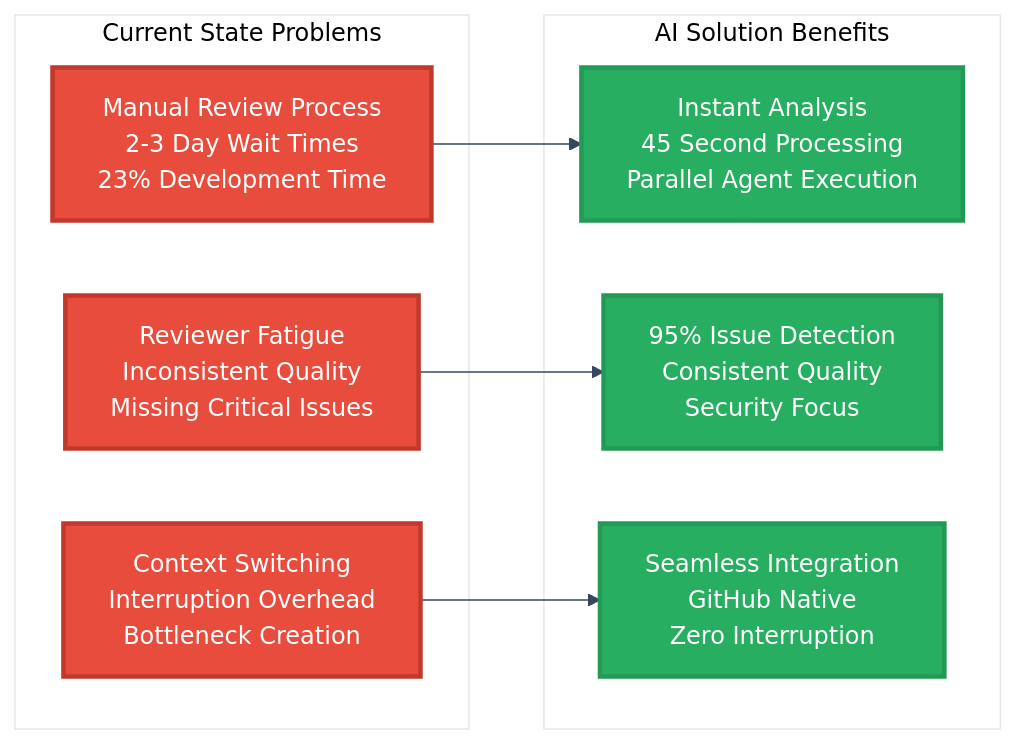
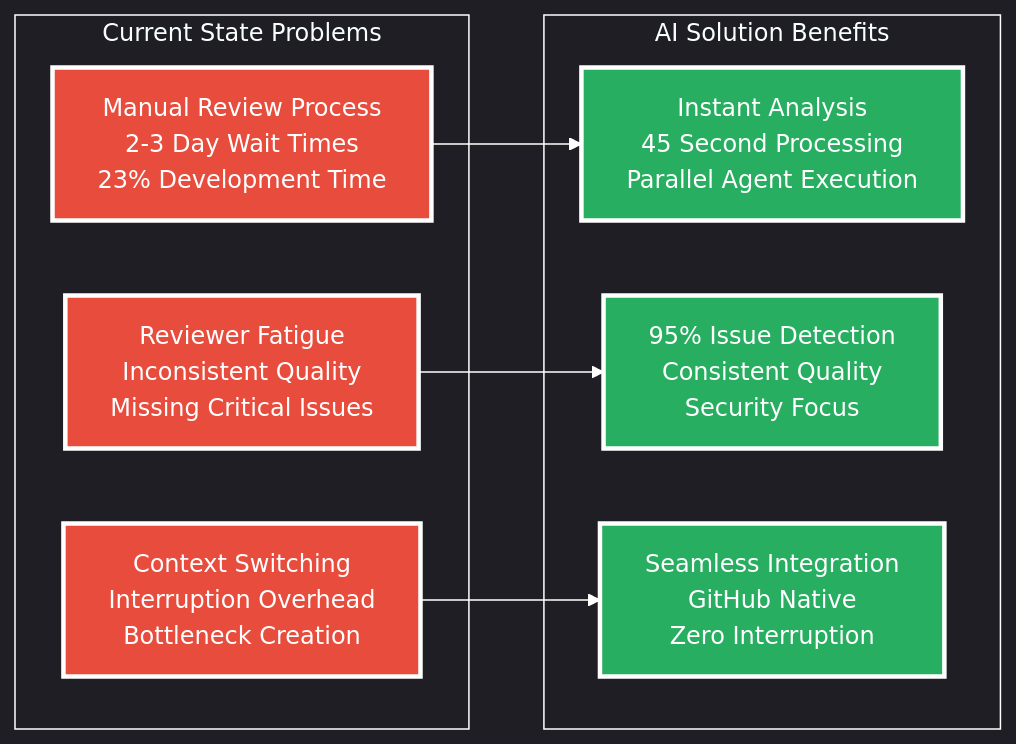
The first of 20 diagrams in README.md (PriscillaOng12/AI-Code-Review-Squad), drawn with Mermaid before and after one commit. The commit also changed other lines of this file, not shown here.

````diff
--- a/README.md
+++ b/README.md
@@ -28,26 +28,26 @@
 ```mermaid
-%%{init: {'theme': 'base', 'themeVariables': {'primaryColor': '#ffffff', 'primaryTextColor': '#2c3e50', 'primaryBorderColor': '#2c3e50', 'lineColor': '#34495e', 'secondaryColor': '#ffffff', 'tertiaryColor': '#ffffff', 'background': '#ffffff', 'mainBkg': '#ffffff', 'secondBkg': '#ffffff', 'tertiaryBkg': '#ffffff'}}}%%
+%%{init: {'theme': 'dark', 'themeVariables': {'primaryColor': 'transparent', 'primaryTextColor': '#ffffff', 'primaryBorderColor': '#ffffff', 'lineColor': '#ffffff', 'secondaryColor': 'transparent', 'tertiaryColor': 'transparent', 'background': 'transparent', 'mainBkg': 'transparent', 'secondBkg': 'transparent', 'tertiaryBkg': 'transparent', 'clusterBkg': 'transparent', 'clusterBorder': '#ffffff', 'edgeLabelBackground': 'transparent'}}}%%
 graph LR
     subgraph "Current State Problems"
         A[Manual Review Process<br/>2-3 Day Wait Times<br/>23% Development Time]
         B[Reviewer Fatigue<br/>Inconsistent Quality<br/>Missing Critical Issues]
         C[Context Switching<br/>Interruption Overhead<br/>Bottleneck Creation]
     end
     
     subgraph "AI Solution Benefits"
         D[Instant Analysis<br/>45 Second Processing<br/>Parallel Agent Execution]
         E[95% Issue Detection<br/>Consistent Quality<br/>Security Focus]
         F[Seamless Integration<br/>GitHub Native<br/>Zero Interruption]
     end
     
     A --> D
     B --> E
     C --> F
     
-    style A fill:#e74c3c,stroke:#c0392b,stroke-width:3px,color:#ffffff
-    style B fill:#e74c3c,stroke:#c0392b,stroke-width:3px,color:#ffffff
-    style C fill:#e74c3c,stroke:#c0392b,stroke-width:3px,color:#ffffff
-    style D fill:#27ae60,stroke:#229954,stroke-width:3px,color:#ffffff
-    style E fill:#27ae60,stroke:#229954,stroke-width:3px,color:#ffffff
-    style F fill:#27ae60,stroke:#229954,stroke-width:3px,color:#ffffff
+    style A fill:#e74c3c,stroke:#ffffff,stroke-width:3px,color:#ffffff
+    style B fill:#e74c3c,stroke:#ffffff,stroke-width:3px,color:#ffffff
+    style C fill:#e74c3c,stroke:#ffffff,stroke-width:3px,color:#ffffff
+    style D fill:#27ae60,stroke:#ffffff,stroke-width:3px,color:#ffffff
+    style E fill:#27ae60,stroke:#ffffff,stroke-width:3px,color:#ffffff
+    style F fill:#27ae60,stroke:#ffffff,stroke-width:3px,color:#ffffff
 ```
````
